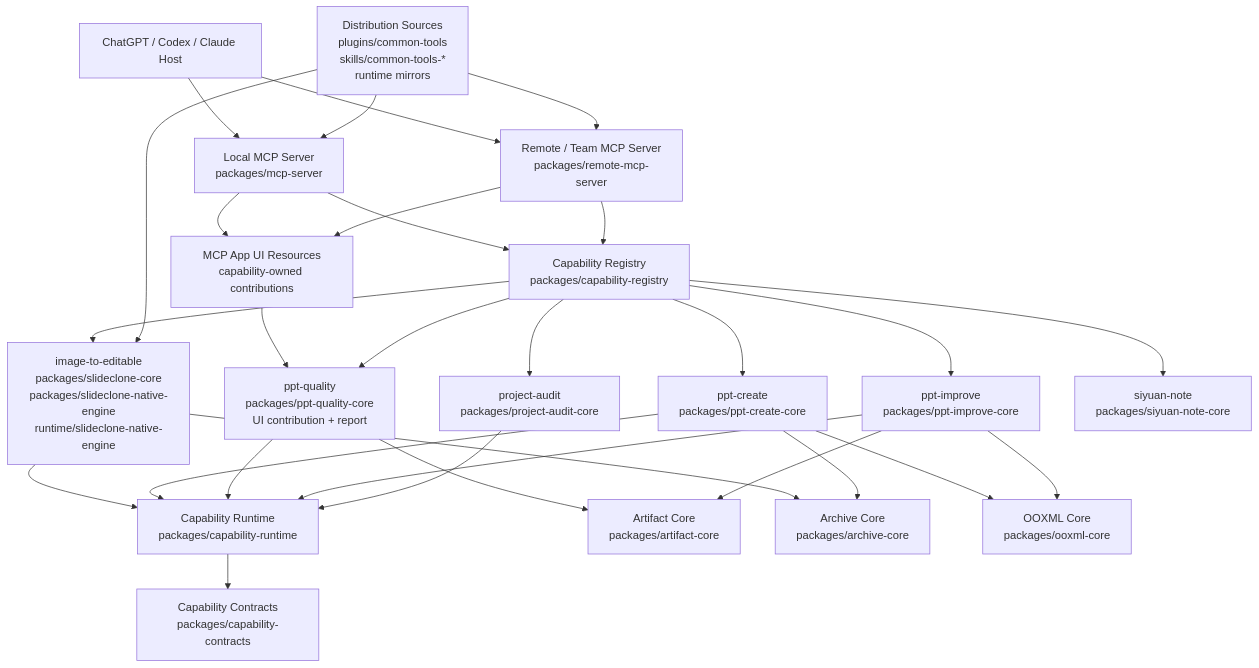
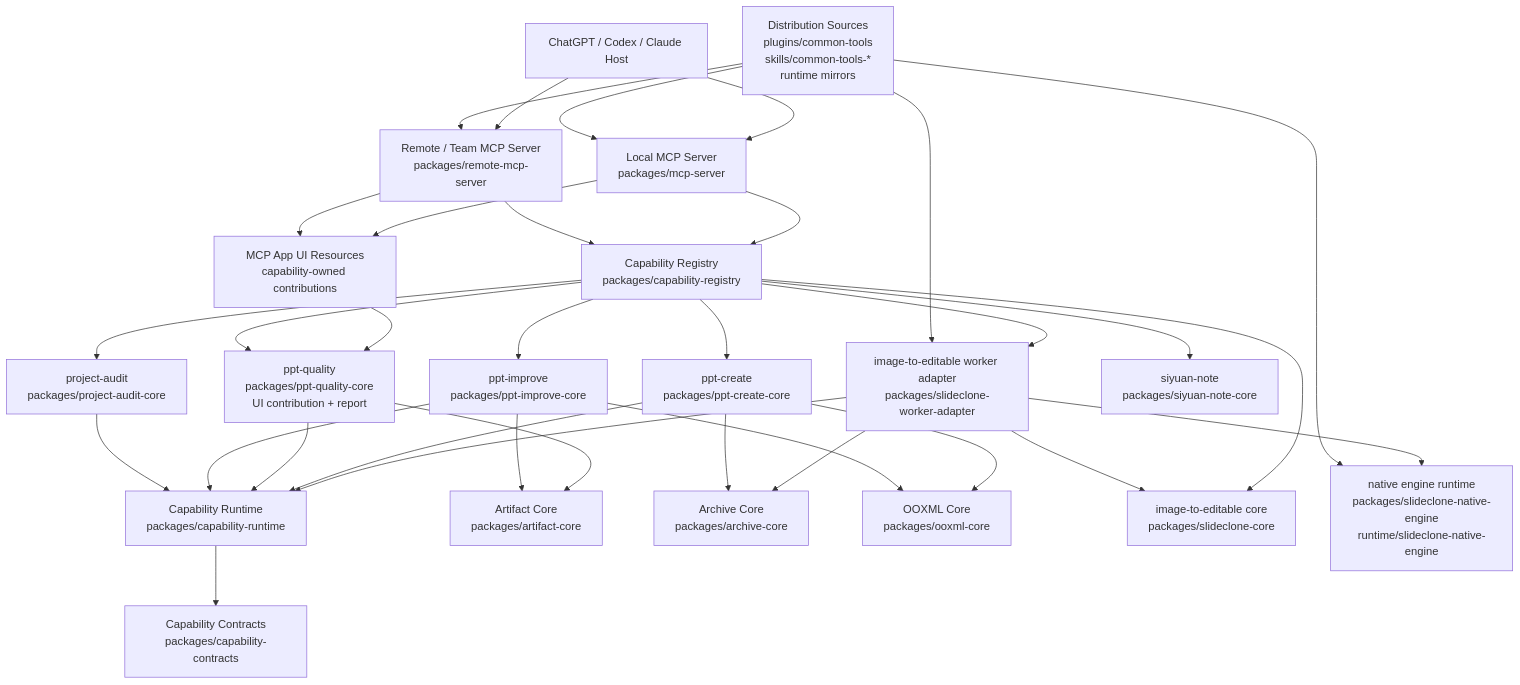
The diagram in docs/general-plugin-architecture.md (cbhandsun/common-tools), drawn with Mermaid before and after one commit. The commit also changed other lines of this file and 2 other files, not shown here.

Commit message:
Document current plugin architecture boundaries

````diff
--- a/docs/general-plugin-architecture.md
+++ b/docs/general-plugin-architecture.md
@@ -5,51 +5,57 @@
 ```mermaid
 flowchart TD
   Host["ChatGPT / Codex / Claude Host"]
   LocalMcp["Local MCP Server\npackages/mcp-server"]
   RemoteMcp["Remote / Team MCP Server\npackages/remote-mcp-server"]
   Registry["Capability Registry\npackages/capability-registry"]
   Runtime["Capability Runtime\npackages/capability-runtime"]
   Contracts["Capability Contracts\npackages/capability-contracts"]
   Artifacts["Artifact Core\npackages/artifact-core"]
   Archive["Archive Core\npackages/archive-core"]
   Ooxml["OOXML Core\npackages/ooxml-core"]
 
-  ImageCap["image-to-editable\npackages/slideclone-core\npackages/slideclone-native-engine\nruntime/slideclone-native-engine"]
+  ImageCore["image-to-editable core\npackages/slideclone-core"]
+  ImageWorker["image-to-editable worker adapter\npackages/slideclone-worker-adapter"]
+  ImageEngine["native engine runtime\npackages/slideclone-native-engine\nruntime/slideclone-native-engine"]
   PptCreate["ppt-create\npackages/ppt-create-core"]
   PptQuality["ppt-quality\npackages/ppt-quality-core\nUI contribution + report"]
   PptImprove["ppt-improve\npackages/ppt-improve-core"]
   ProjectAudit["project-audit\npackages/project-audit-core"]
   Siyuan["siyuan-note\npackages/siyuan-note-core"]
 
   Dist["Distribution Sources\nplugins/common-tools\nskills/common-tools-*\nruntime mirrors"]
   UI["MCP App UI Resources\ncapability-owned contributions"]
 
   Host --> LocalMcp
   Host --> RemoteMcp
   LocalMcp --> Registry
   RemoteMcp --> Registry
   LocalMcp --> UI
   RemoteMcp --> UI
   UI --> PptQuality
-  Registry --> ImageCap
+  Registry --> ImageWorker
+  Registry --> ImageCore
   Registry --> PptCreate
   Registry --> PptQuality
   Registry --> PptImprove
   Registry --> ProjectAudit
   Registry --> Siyuan
-  ImageCap --> Runtime
+  ImageWorker --> Runtime
+  ImageWorker --> ImageCore
+  ImageWorker --> ImageEngine
   PptCreate --> Runtime
   PptQuality --> Runtime
   PptImprove --> Runtime
   ProjectAudit --> Runtime
   Runtime --> Contracts
-  ImageCap --> Archive
+  ImageWorker --> Archive
   PptCreate --> Archive
   PptQuality --> Artifacts
   PptImprove --> Artifacts
   PptCreate --> Ooxml
   PptImprove --> Ooxml
   Dist --> LocalMcp
   Dist --> RemoteMcp
-  Dist --> ImageCap
+  Dist --> ImageWorker
+  Dist --> ImageEngine
 ```
````
